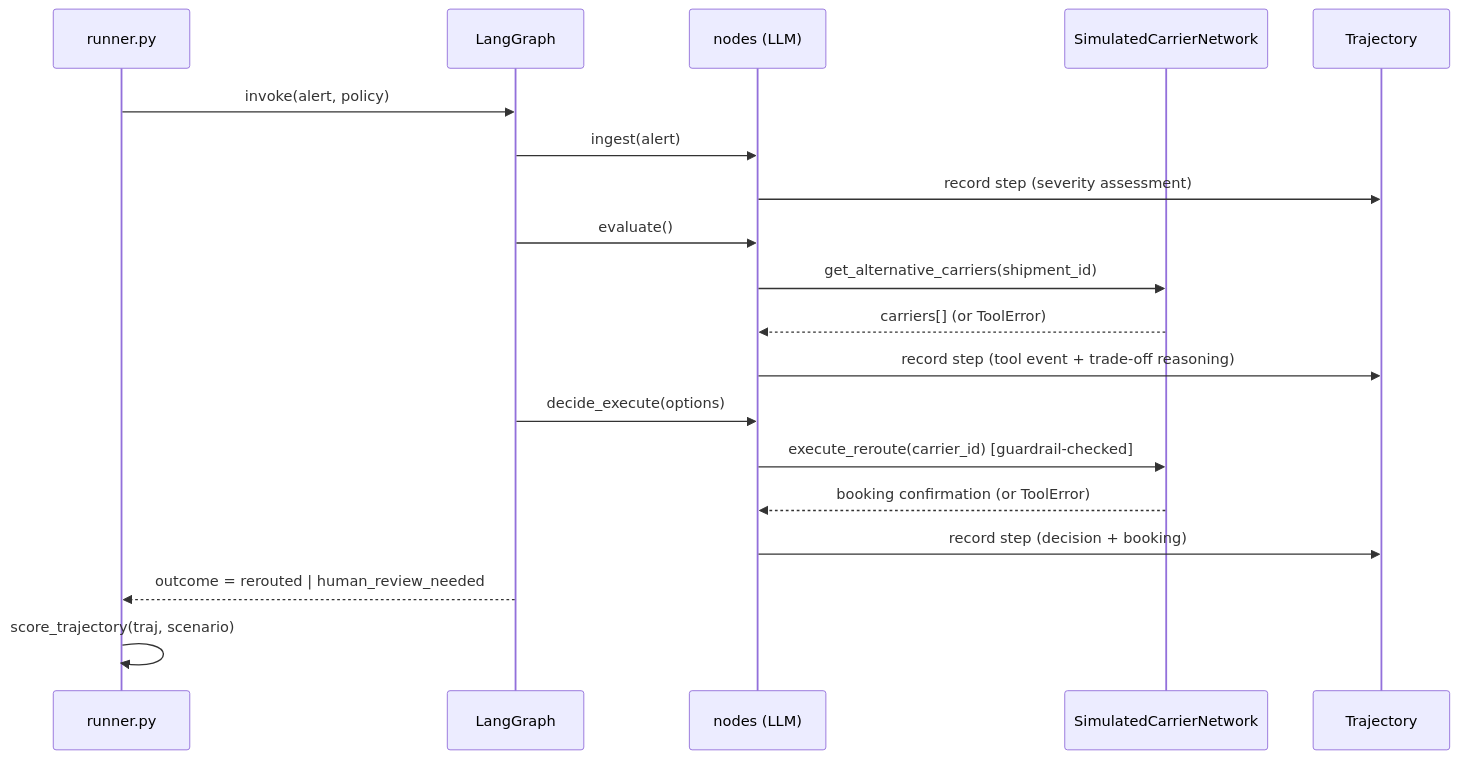
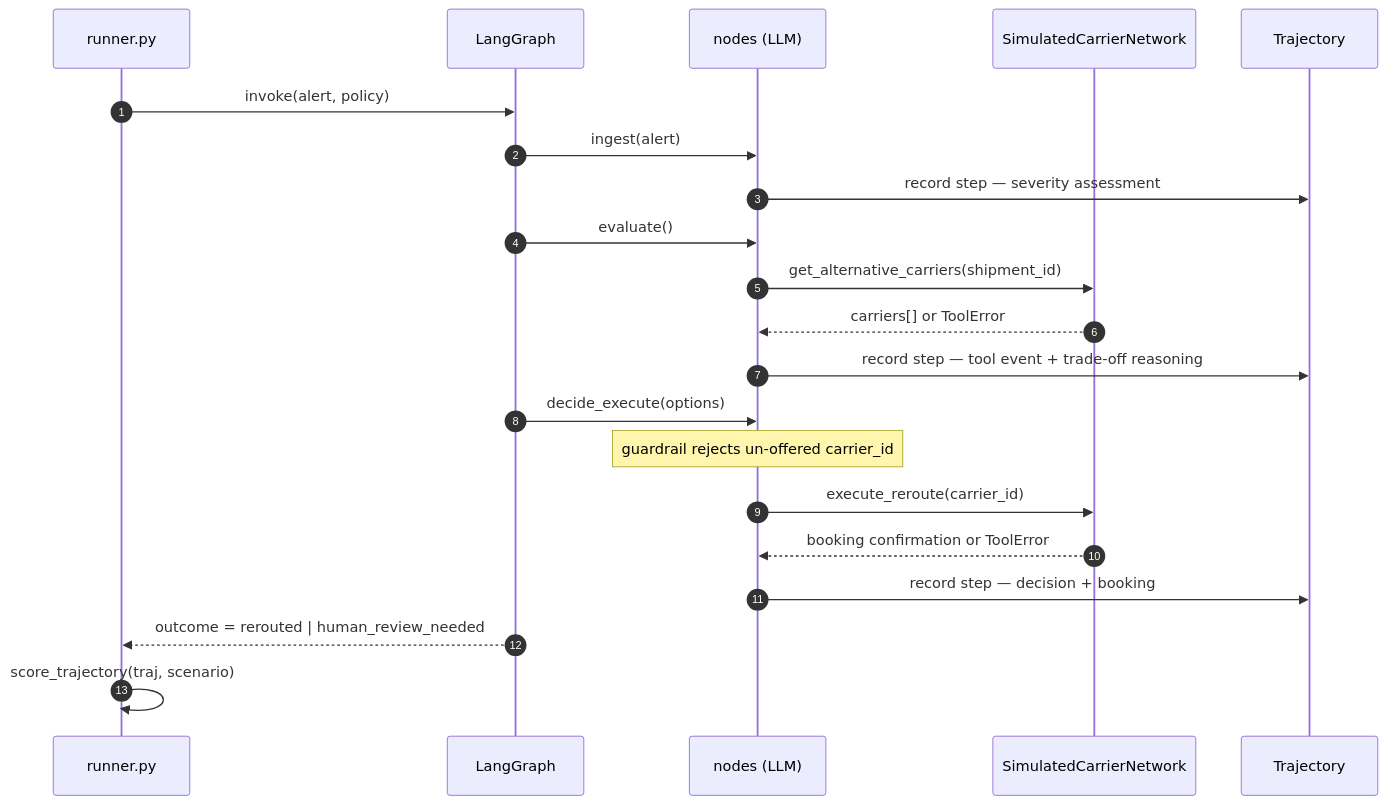
Before and after one commit to San7122/triluxo-carrier-rerouting: the fourth of 6 diagrams in docs/technical_documentation.md, drawn with Mermaid. The commit also changed other lines of this file, not shown here.

````diff
--- a/docs/technical_documentation.md
+++ b/docs/technical_documentation.md
@@ -180,21 +190,23 @@
 ```mermaid
 sequenceDiagram
+    autonumber
     participant R as runner.py
     participant G as LangGraph
     participant N as nodes (LLM)
     participant T as SimulatedCarrierNetwork
     participant J as Trajectory
     R->>G: invoke(alert, policy)
     G->>N: ingest(alert)
-    N->>J: record step (severity assessment)
+    N->>J: record step — severity assessment
     G->>N: evaluate()
     N->>T: get_alternative_carriers(shipment_id)
-    T-->>N: carriers[] (or ToolError)
-    N->>J: record step (tool event + trade-off reasoning)
+    T-->>N: carriers[] or ToolError
+    N->>J: record step — tool event + trade-off reasoning
     G->>N: decide_execute(options)
-    N->>T: execute_reroute(carrier_id) [guardrail-checked]
-    T-->>N: booking confirmation (or ToolError)
-    N->>J: record step (decision + booking)
+    Note over N: guardrail rejects un-offered carrier_id
+    N->>T: execute_reroute(carrier_id)
+    T-->>N: booking confirmation or ToolError
+    N->>J: record step — decision + booking
     G-->>R: outcome = rerouted | human_review_needed
     R->>R: score_trajectory(traj, scenario)
 ```
````
